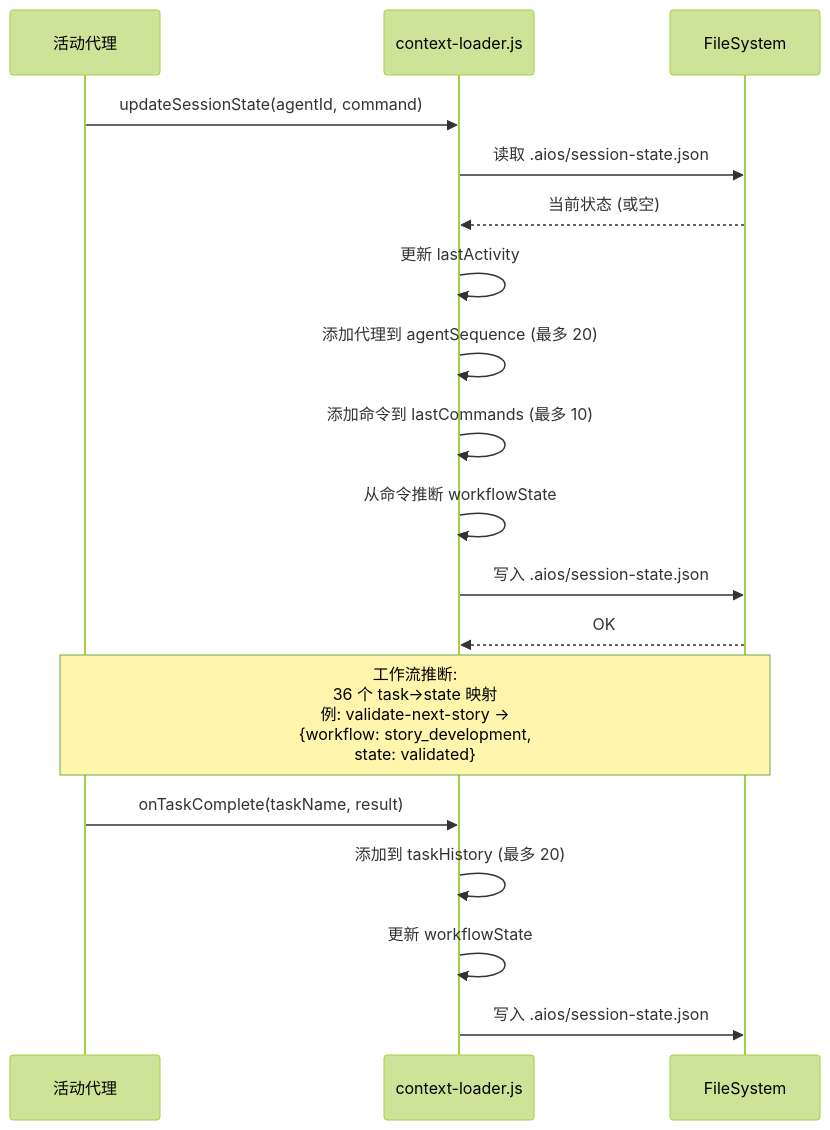
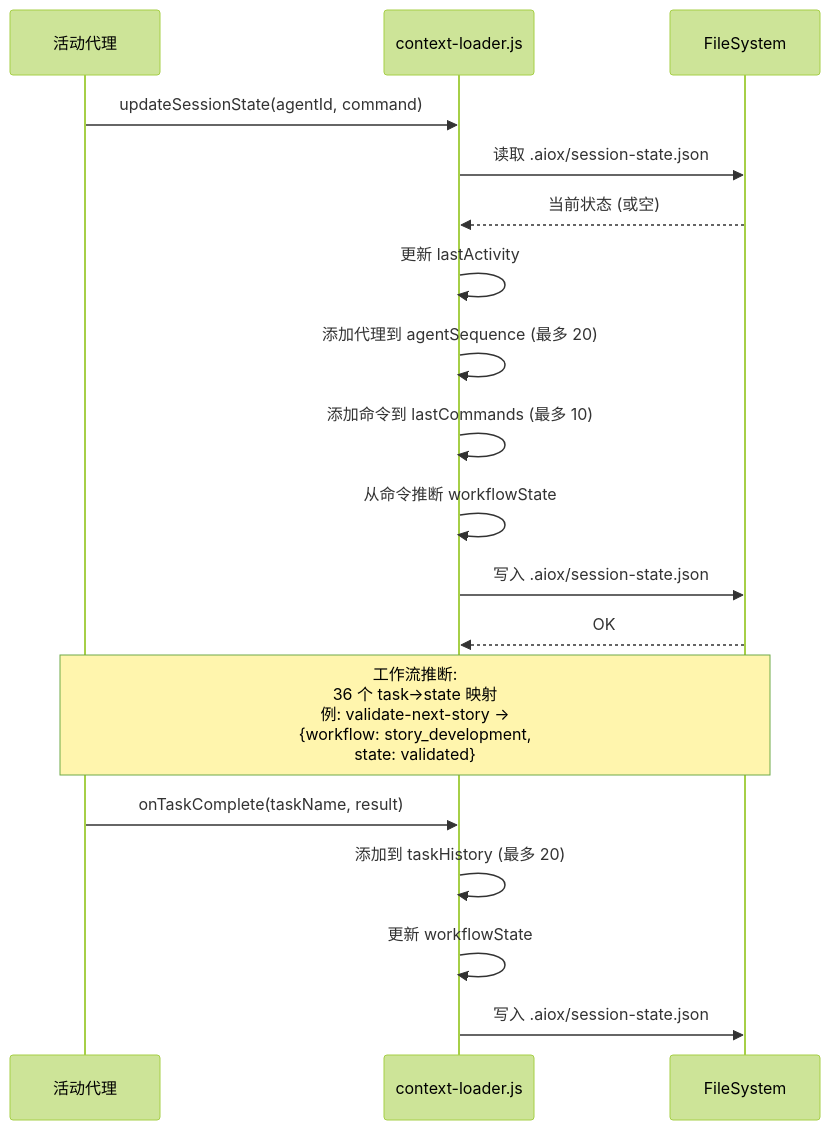
One commit to brunajunckes/aiox-core changed the tenth of 18 diagrams in docs/zh/guides/MEMORY-SYSTEM.md. Above: the diagram before and after it, drawn with Mermaid (forest theme). The commit also changed other lines of this file and 3446 other files, not shown here.

First line of the commit message:
chore: rebrand aios → aiox across entire codebase (#552)

````diff
--- a/docs/zh/guides/MEMORY-SYSTEM.md
+++ b/docs/zh/guides/MEMORY-SYSTEM.md
@@ -482,25 +482,25 @@
 ```mermaid
 sequenceDiagram
     participant Agent as 活动代理
     participant CL as context-loader.js
     participant FS as FileSystem
 
     Agent->>CL: updateSessionState(agentId, command)
-    CL->>FS: 读取 .aios/session-state.json
+    CL->>FS: 读取 .aiox/session-state.json
     FS-->>CL: 当前状态 (或空)
 
     CL->>CL: 更新 lastActivity
     CL->>CL: 添加代理到 agentSequence (最多 20)
     CL->>CL: 添加命令到 lastCommands (最多 10)
     CL->>CL: 从命令推断 workflowState
 
-    CL->>FS: 写入 .aios/session-state.json
+    CL->>FS: 写入 .aiox/session-state.json
     FS-->>CL: OK
 
     Note over Agent,FS: 工作流推断:<br/>36 个 task→state 映射<br/>例: validate-next-story →<br/>{workflow: story_development,<br/>state: validated}
 
     Agent->>CL: onTaskComplete(taskName, result)
     CL->>CL: 添加到 taskHistory (最多 20)
     CL->>CL: 更新 workflowState
-    CL->>FS: 写入 .aios/session-state.json
+    CL->>FS: 写入 .aiox/session-state.json
 ```
````
